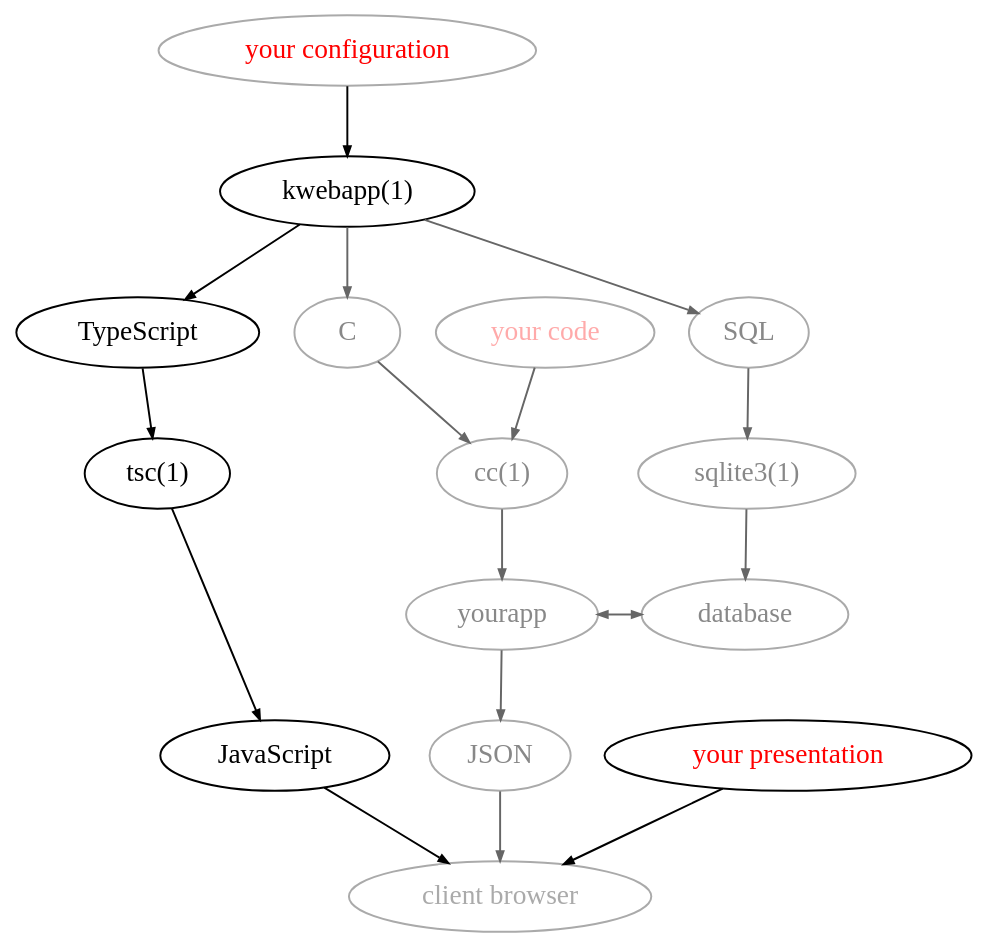
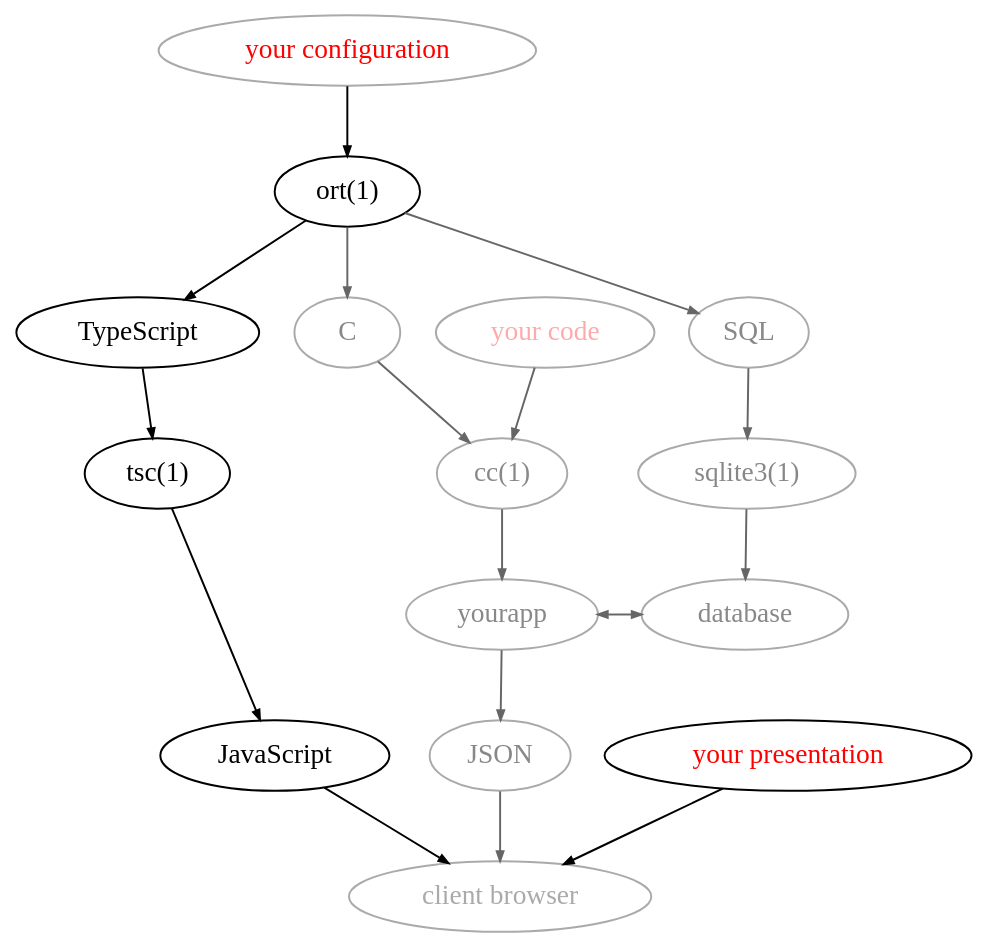
One commit to kristapsdz/bchs changed the diagram in typescript-fig1.dot. Above: the diagram before and after it, drawn with Graphviz. The commit also changed 9 other files, not shown here.

Commit message:
kwebapp -> ort.

```diff
--- a/typescript-fig1.dot
+++ b/typescript-fig1.dot
@@ -1,50 +1,50 @@
 digraph {
 	edge [arrowsize="0.5";];
 	bgcolor="transparent";
 	splines=false;
 
 	{ rank=source; kwebapp[label="your configuration", fontcolor="red", color="#aaaaaa"]; }
 
-	{ rank=same; kwebapp1[label="kwebapp(1)"]; }
+	{ rank=same; kwebapp1[label="ort(1)"]; }
 
 	{ rank=same; 
 	  c[label="C", fontcolor="#888888", color="#aaaaaa"]; 
 	  yourcode[label="your code", fontcolor="#ffaaaa" color="#aaaaaa"];
 	  ts[label="TypeScript"];
 	  sql[label="SQL", fontcolor="#888888", color="#aaaaaa"]; }
 	{ rank=same; 
 	  tsc[label="tsc(1)"];
 	  cc[label="cc(1)", fontcolor="#888888", color="#aaaaaa"]; 
 	  sqlite1[label="sqlite3(1)", fontcolor="#888888", color="#aaaaaa"]; }
 
 	{ rank=same; 
 	  yourapp[label="yourapp", fontcolor="#888888", color="#aaaaaa"]; 
 	  db[label="database", fontcolor="#888888", color="#aaaaaa"]; }
 
 	{ rank=same; 
 	  js[label="JavaScript"];
 	  html5[label="your presentation", fontcolor="red"]; 
 	  json[label="JSON", fontcolor="#888888", color="#aaaaaa"]; }
 
 	{ rank=sink; client[label="client browser", fontcolor="#aaaaaa", color="#aaaaaa"]; }
 
 	kwebapp -> kwebapp1;
 
 	kwebapp1 -> sql[color="#666666"];
 	sql -> sqlite1[color="#666666"];
 	sqlite1 -> db[color="#666666"];
 	yourapp -> json[color="#666666"];
 	yourapp -> db[dir="both", color="#666666"];
 
 	c -> cc[color="#666666"];
 	yourcode -> cc[color="#666666"];
 	cc -> yourapp[color="#666666"];
 
 	kwebapp1 -> c[color="#666666"];
 	kwebapp1 -> ts;
 	html5 -> client;
 	js -> client;
 	json -> client[color="#666666"];
 	ts -> tsc -> js;
 
 }
```
